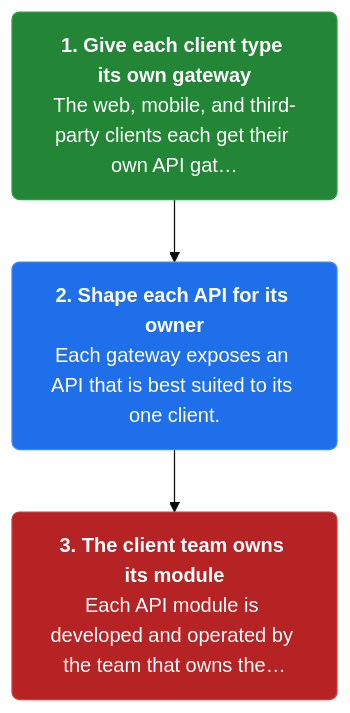
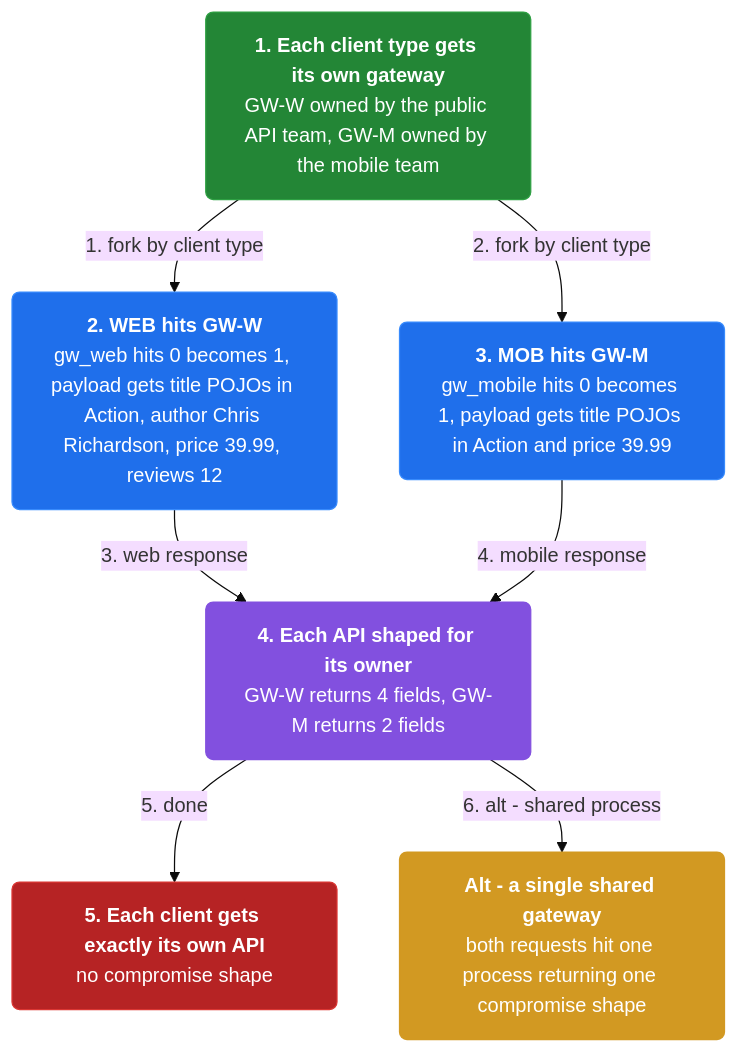
Before and after one commit to vinayakuber/microservices-io-study-guide: the second of 4 diagrams in docs/ch24-backends-for-frontends.md, drawn with Mermaid (base theme). The commit also changed other lines of this file and 46 other files, not shown here.

First line of the commit message:
Author rich branching flow diagrams for all 44 chapters

````diff
--- a/docs/ch24-backends-for-frontends.md
+++ b/docs/ch24-backends-for-frontends.md
@@ -51,11 +59,20 @@
 ```mermaid
 flowchart TD
-  classDef step fill:#1f6feb,color:#ffffff,stroke:#388bfd,stroke-width:1px,rx:6
+  classDef step fill:#1f6feb,color:#ffffff,stroke:#388bfd,rx:6
+  classDef core fill:#8250df,color:#ffffff,stroke:#8250df,rx:6
+  classDef warn fill:#d29922,color:#ffffff,stroke:#d29922,rx:6
   classDef start fill:#238636,color:#ffffff,stroke:#2ea043,rx:6
   classDef stop fill:#b62324,color:#ffffff,stroke:#da3633,rx:6
-  s1n0["<b>1. Give each client type its own gateway</b><br/>The web, mobile, and third-party clients each get their own API gat…"]:::start
-  s1n1["<b>2. Shape each API for its owner</b><br/>Each gateway exposes an API that is best suited to its one client."]:::step
-  s1n2["<b>3. The client team owns its module</b><br/>Each API module is developed and operated by the team that owns the…"]:::stop
-  s1n0 --> s1n1
-  s1n1 --> s1n2
+  n0["<b>1. Each client type gets its own gateway</b><br/>GW-W owned by the public API team, GW-M owned by the mobile team"]:::start
+  n1["<b>2. WEB hits GW-W</b><br/>gw_web hits 0 becomes 1, payload gets title POJOs in Action, author Chris Richardson, price 39.99, reviews 12"]:::step
+  n2["<b>3. MOB hits GW-M</b><br/>gw_mobile hits 0 becomes 1, payload gets title POJOs in Action and price 39.99"]:::step
+  n3["<b>4. Each API shaped for its owner</b><br/>GW-W returns 4 fields, GW-M returns 2 fields"]:::core
+  n4["<b>5. Each client gets exactly its own API</b><br/>no compromise shape"]:::stop
+  n5["<b>Alt - a single shared gateway</b><br/>both requests hit one process returning one compromise shape"]:::warn
+  n0 -->|"1. fork by client type"| n1
+  n0 -->|"2. fork by client type"| n2
+  n1 -->|"3. web response"| n3
+  n2 -->|"4. mobile response"| n3
+  n3 -->|"5. done"| n4
+  n3 -->|"6. alt - shared process"| n5
 ```
````
